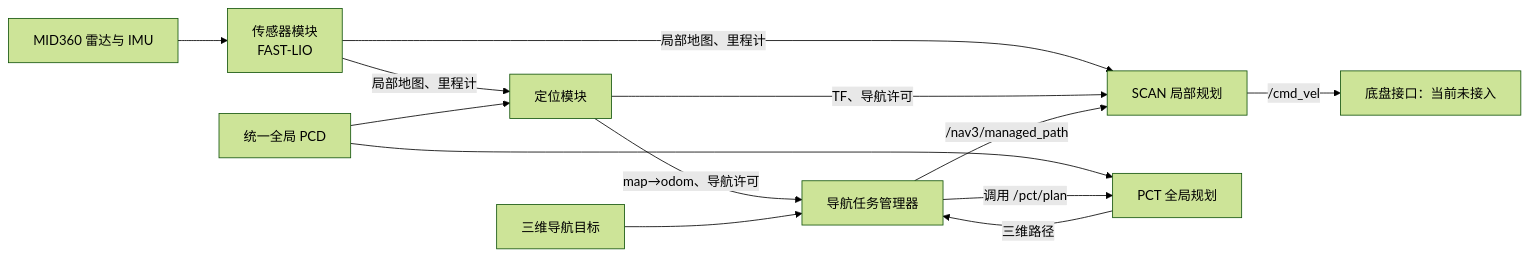
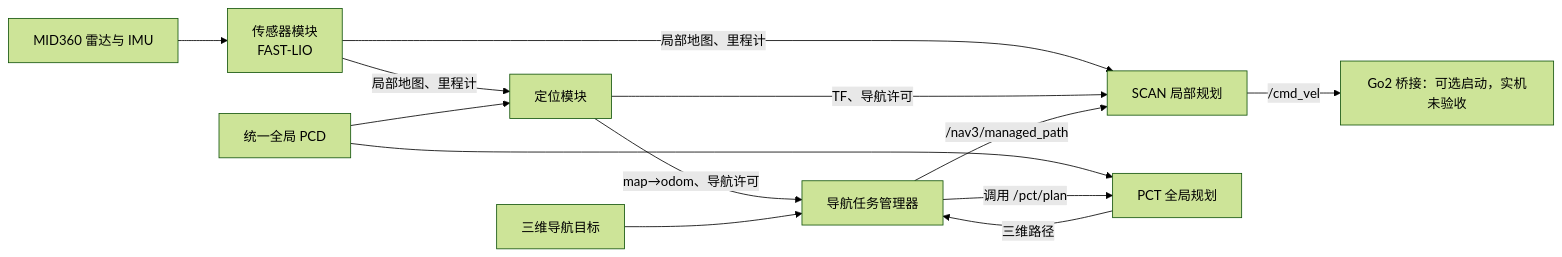
The diagram in report/Nav3主仓库架构与联调进度说明.md (Jinghaozhou/Nav3_ws), drawn with Mermaid (forest theme) before and after one commit. The commit also changed other lines of this file and 8 other files, not shown here.

````diff
--- a/report/Nav3主仓库架构与联调进度说明.md
+++ b/report/Nav3主仓库架构与联调进度说明.md
@@ -49,15 +49,15 @@
 ```mermaid
 flowchart LR
   A[MID360 雷达与 IMU] --> B[传感器模块<br/>FAST-LIO]
   B -->|局部地图、里程计| C[定位模块]
   B -->|局部地图、里程计| F[SCAN 局部规划]
   M[统一全局 PCD] --> C
   M --> D[PCT 全局规划]
   C -->|map→odom、导航许可| E[导航任务管理器]
   C -->|TF、导航许可| F
   G[三维导航目标] --> E
   E -->|调用 /pct/plan| D
   D -->|三维路径| E
   E -->|/nav3/managed_path| F
-  F -->|/cmd_vel| H[底盘接口：当前未接入]
+  F -->|/cmd_vel| H[Go2 桥接：可选启动，实机未验收]
 ```
````
